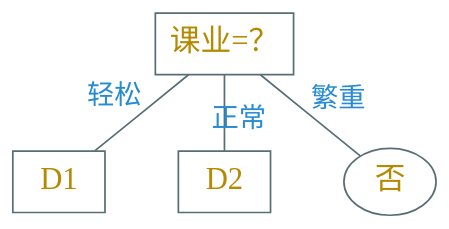
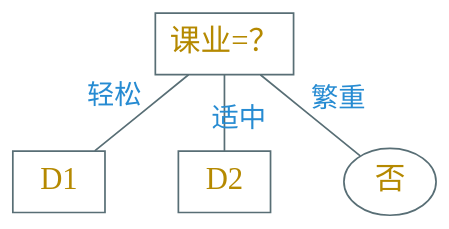
Before and after one commit to Avanti1980/course-ml: the diagram in dot/dt-divide-d.dot, drawn with Graphviz. The commit also changed 6 other files, not shown here.

```diff
--- a/dot/dt-divide-d.dot
+++ b/dot/dt-divide-d.dot
@@ -1,12 +1,12 @@
 digraph g {
     graph [nodesep=0.6, ranksep=0.6]
     bgcolor="transparent"
     node [shape=box color="#586e75" fontcolor="#b58900" fontsize=18 fontname="Ysabeau,LXGWWenKai"]
     edge [color="#586e75" fontcolor="#268bd2" fontsize=16 fontname="Ysabeau,LXGWWenKai" arrowhead=none]
 
     "课业=？" -> "D1" [xlabel="轻松"]
-    "课业=？" -> "D2" [headlabel="正常" labeldistance=2]
+    "课业=？" -> "D2" [headlabel="适中" labeldistance=2]
 
     node [shape=ellipse]
     "课业=？" -> "否" [xlabel="繁重"]
 }
```
